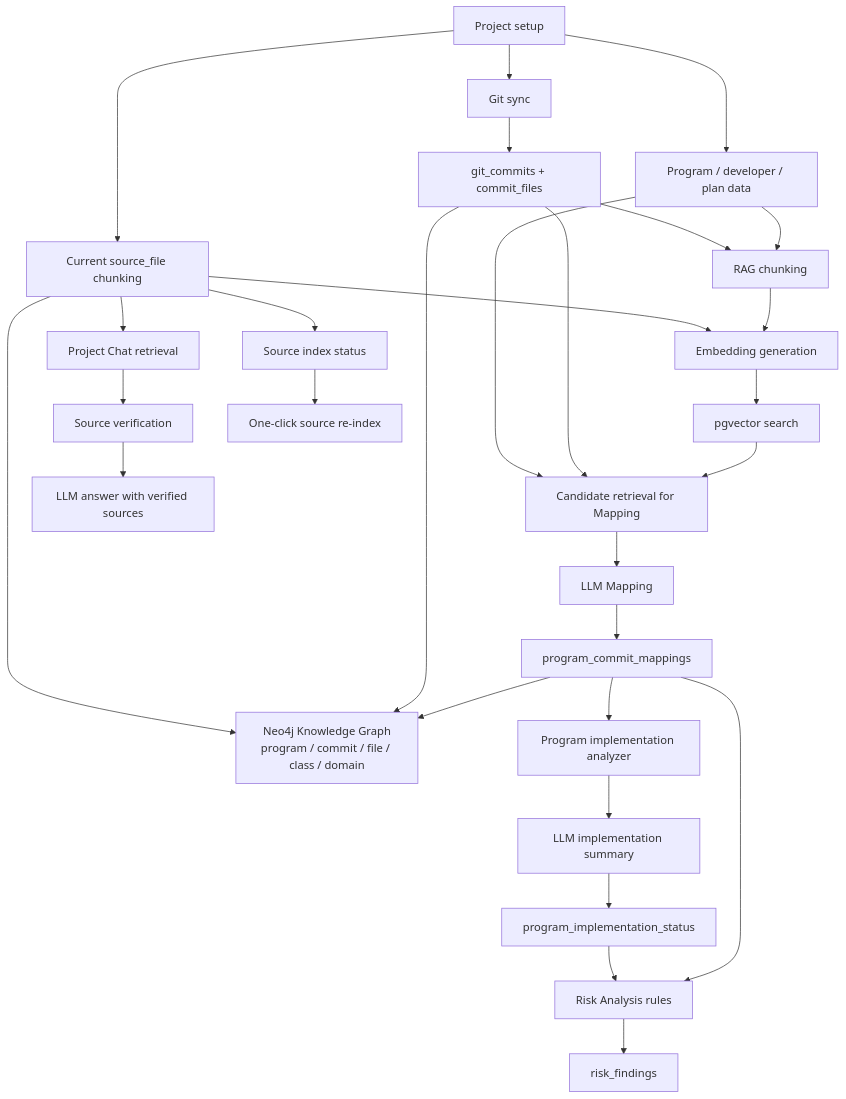
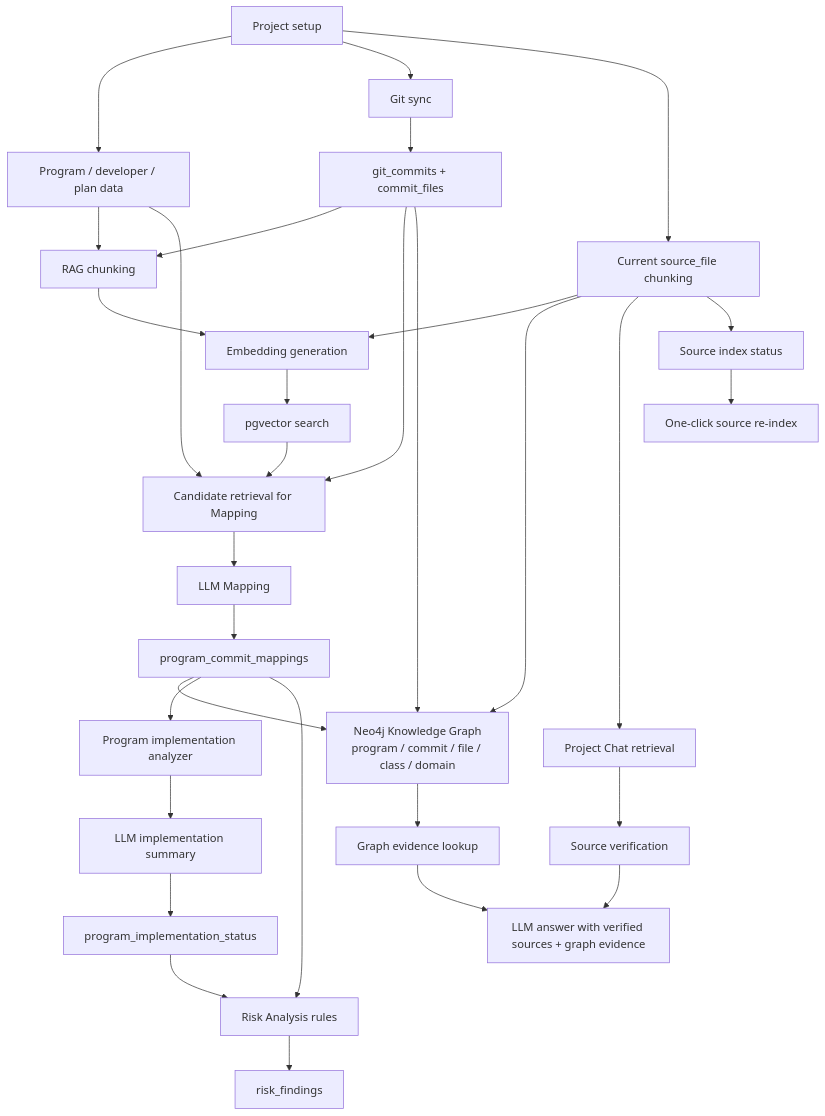
Before and after one commit to ino5/ai-commit-advisor-26: the diagram in docs/ai-technical-overview.md, drawn with Mermaid. The commit also changed other lines of this file and 9 other files, not shown here.

Commit message:
Document Project Chat GraphRAG flow

````diff
--- a/docs/ai-technical-overview.md
+++ b/docs/ai-technical-overview.md
@@ -60,31 +61,33 @@
 ```mermaid
 flowchart TD
     A["Project setup"] --> B["Program / developer / plan data"]
     A --> C["Git sync"]
     C --> D["git_commits + commit_files"]
     B --> E["RAG chunking"]
     D --> E
     A --> SF["Current source_file chunking"]
     E --> V["Embedding generation"]
     SF --> V
     V --> VS["pgvector search"]
     VS --> M["Candidate retrieval for Mapping"]
     D --> M
     B --> M
     M --> LLM1["LLM Mapping"]
     LLM1 --> PM["program_commit_mappings"]
     PM --> KG["Neo4j Knowledge Graph<br/>program / commit / file / class / domain"]
     D --> KG
     SF --> KG
     PM --> PI["Program implementation analyzer"]
     PI --> LLM2["LLM implementation summary"]
     LLM2 --> PS["program_implementation_status"]
     PM --> RA["Risk Analysis rules"]
     PS --> RA
     RA --> RF["risk_findings"]
     SF --> PC["Project Chat retrieval"]
     SF --> SI["Source index status"]
     PC --> SV["Source verification"]
-    SV --> LLM3["LLM answer with verified sources"]
+    KG --> GC["Graph evidence lookup"]
+    SV --> LLM3["LLM answer with verified sources + graph evidence"]
+    GC --> LLM3
     SI --> RI["One-click source re-index"]
 ```
````
